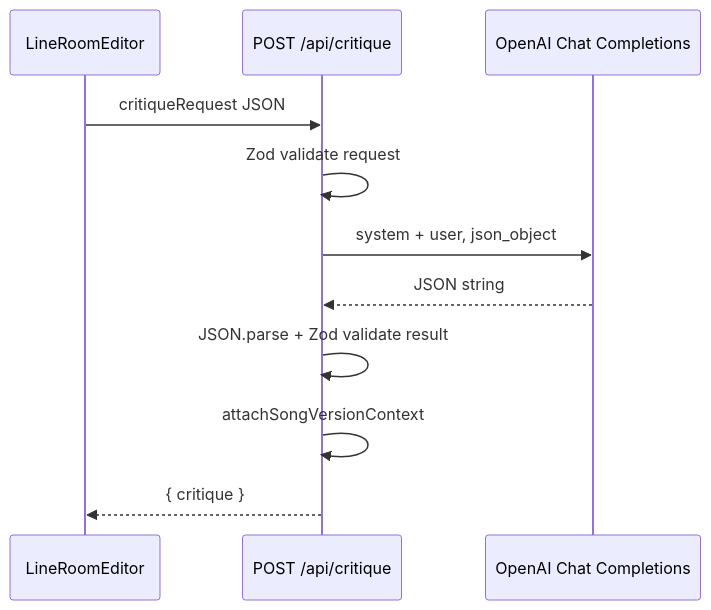
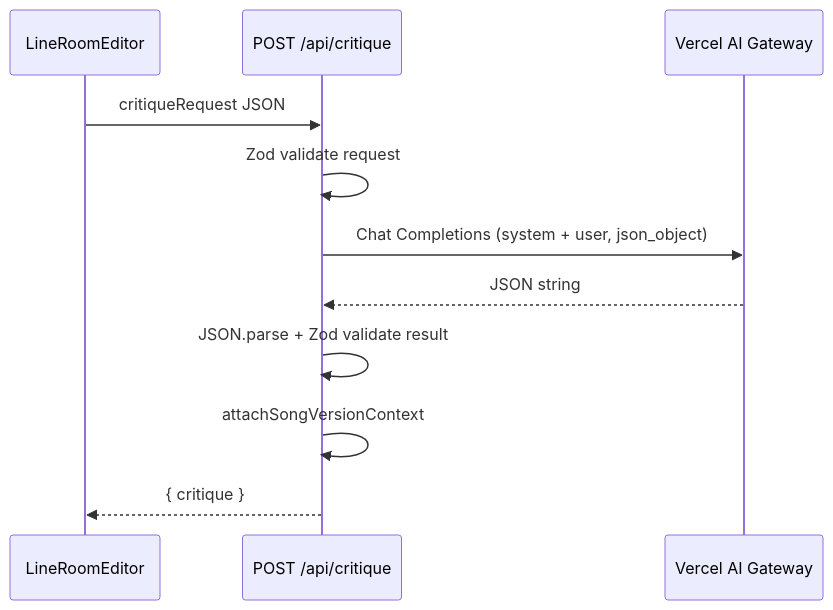
One commit to JamieWCGraham/LineRoom changed the diagram in docs/CRITIQUE.md. Above: the diagram before and after it, drawn with Mermaid. The commit also changed other lines of this file and 16 other files, not shown here.

````diff
--- a/docs/CRITIQUE.md
+++ b/docs/CRITIQUE.md
@@ -16,13 +16,13 @@
 ```mermaid
 sequenceDiagram
   participant UI as LineRoomEditor
   participant API as POST /api/critique
-  participant OAI as OpenAI Chat Completions
+  participant GW as Vercel AI Gateway
   UI->>API: critiqueRequest JSON
   API->>API: Zod validate request
-  API->>OAI: system + user, json_object
-  OAI-->>API: JSON string
+  API->>GW: Chat Completions (system + user, json_object)
+  GW-->>API: JSON string
   API->>API: JSON.parse + Zod validate result
   API->>API: attachSongVersionContext
   API-->>UI: { critique }
 ```
````
